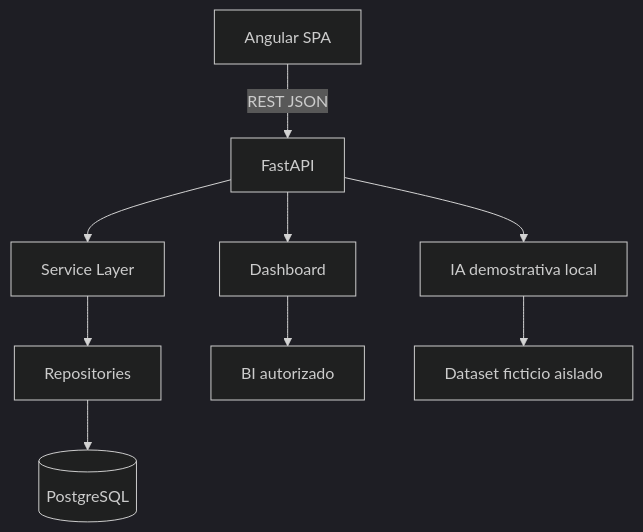
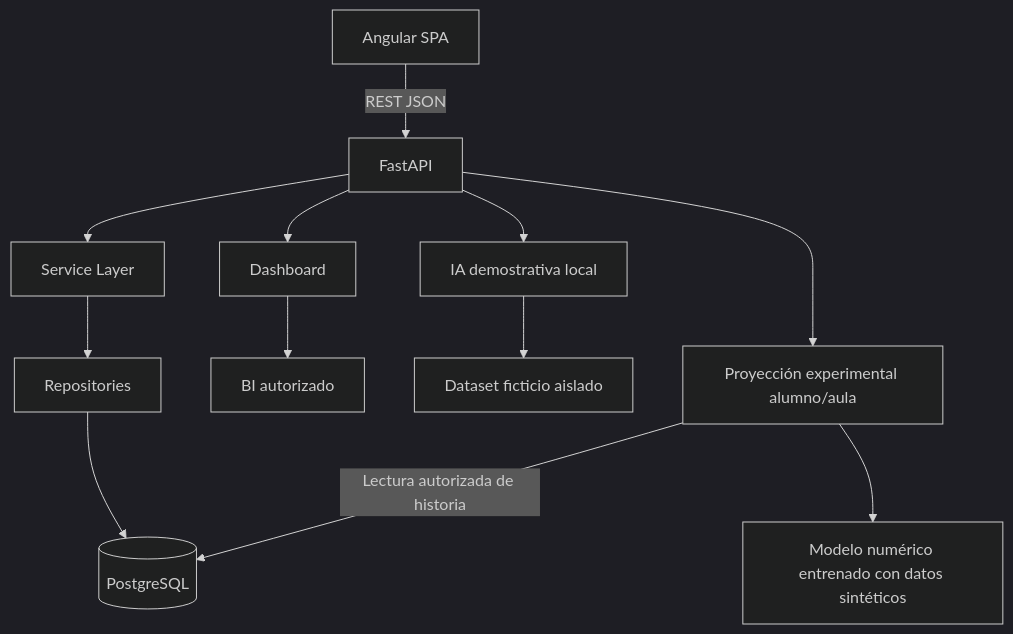
The diagram in README.md (wesarzein/Paideia), drawn with Mermaid (dark theme) before and after one commit. The commit also changed other lines of this file and 90 other files, not shown here.

````diff
--- a/README.md
+++ b/README.md
@@ -32,11 +34,14 @@
 ```mermaid
 flowchart TD
   A[Angular SPA] -->|REST JSON| B[FastAPI]
   B --> C[Service Layer]
   C --> D[Repositories]
   D --> E[(PostgreSQL)]
   B --> F[Dashboard]
   F --> G[BI autorizado]
   B --> H[IA demostrativa local]
   H --> I[Dataset ficticio aislado]
+  B --> J[Proyección experimental alumno/aula]
+  J --> K[Modelo numérico entrenado con datos sintéticos]
+  J -->|Lectura autorizada de historia| E
 ```
````
